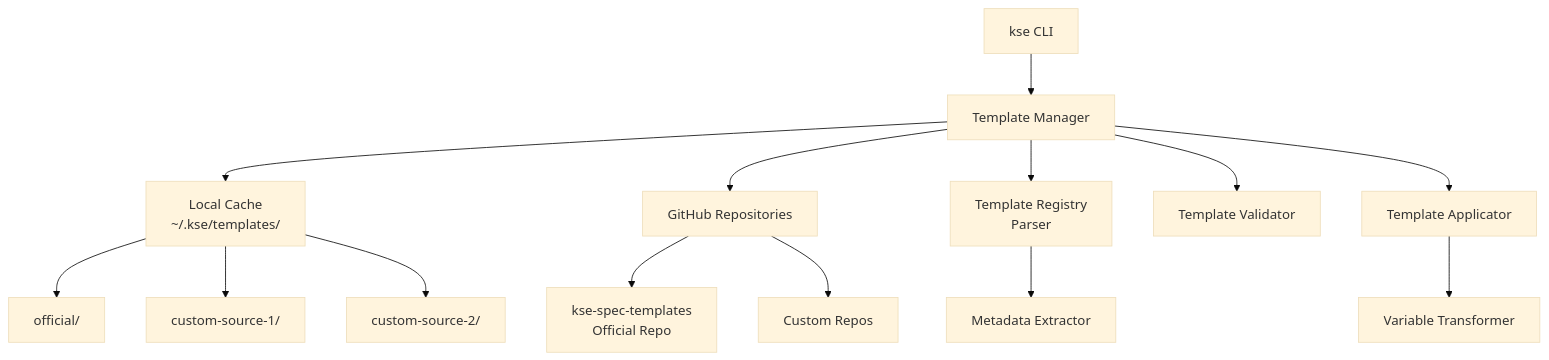
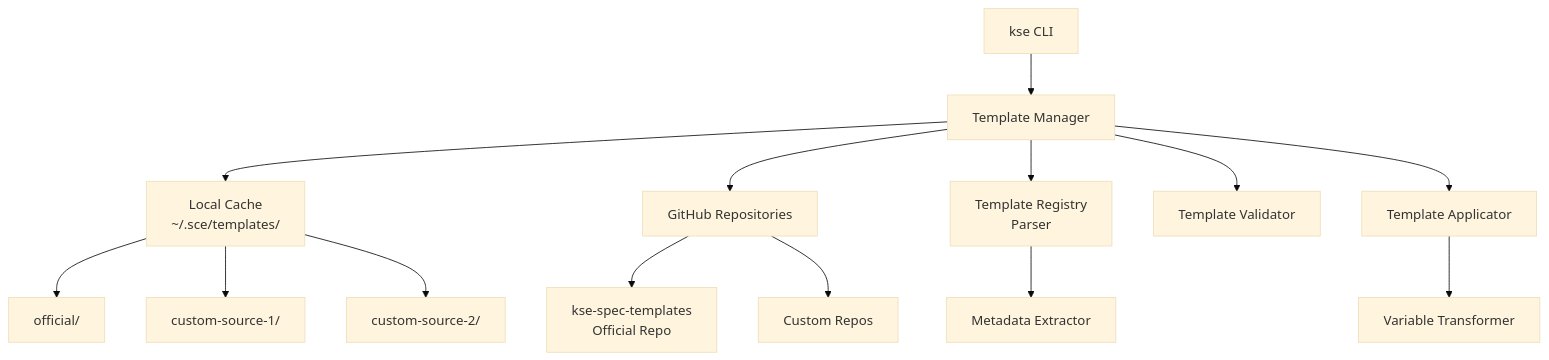
Before and after one commit to LuChangQiu/kiro-spec-engine: the first of 2 diagrams in .sce/templates/exports/spec-template-library/design.md, drawn with Mermaid (base theme). The commit also changed other lines of this file and 47 other files, not shown here.

Commit message:
feat(templates): sync existing templates to min_sce_version and enhance typed registry filters

````diff
--- a/.sce/templates/exports/spec-template-library/design.md
+++ b/.sce/templates/exports/spec-template-library/design.md
@@ -28,20 +28,20 @@
 ```mermaid
 graph TB
     CLI[kse CLI] --> TM[Template Manager]
-    TM --> LC[Local Cache<br/>~/.kse/templates/]
+    TM --> LC[Local Cache<br/>~/.sce/templates/]
     TM --> GH[GitHub Repositories]
     
     LC --> OFF[official/]
     LC --> CUST[custom-source-1/]
     LC --> CUST2[custom-source-2/]
     
     GH --> REPO1[kse-spec-templates<br/>Official Repo]
     GH --> REPO2[Custom Repos]
     
     TM --> REG[Template Registry<br/>Parser]
     TM --> VAL[Template Validator]
     TM --> APP[Template Applicator]
     
     REG --> META[Metadata Extractor]
     APP --> TRANS[Variable Transformer]
 ```
````
